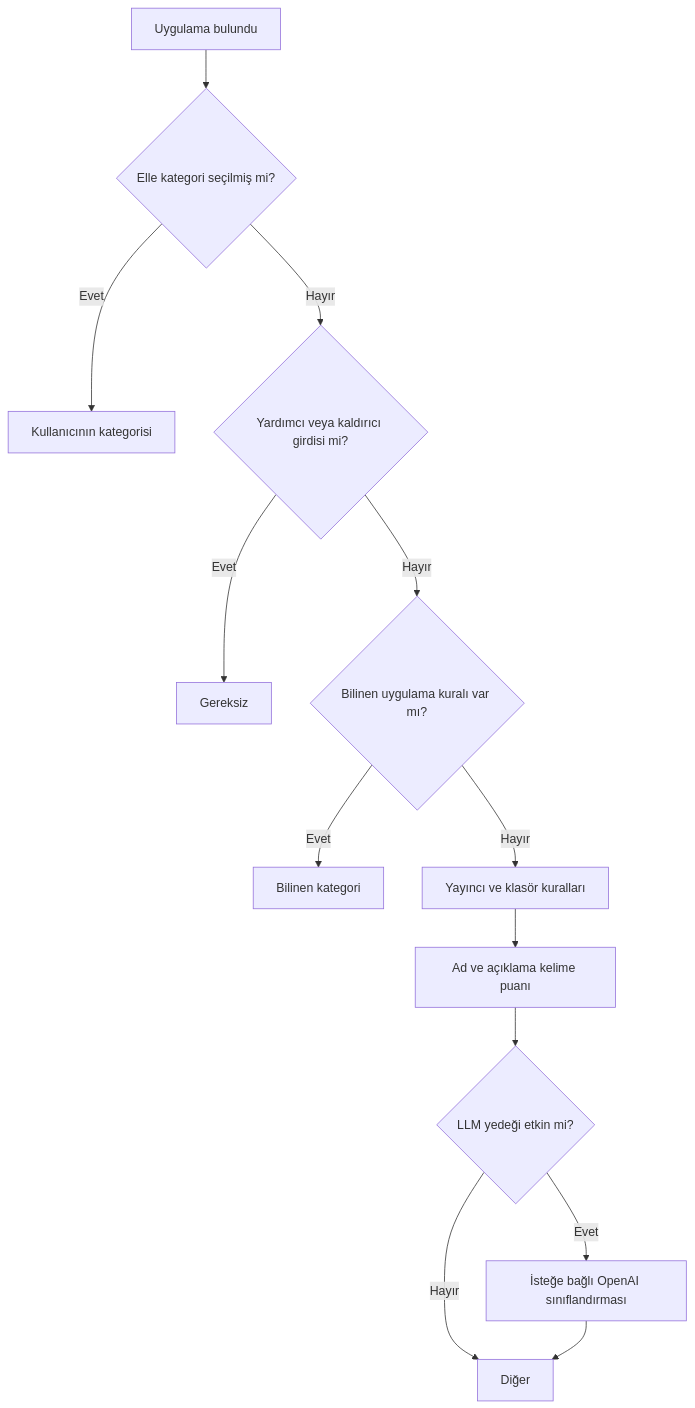
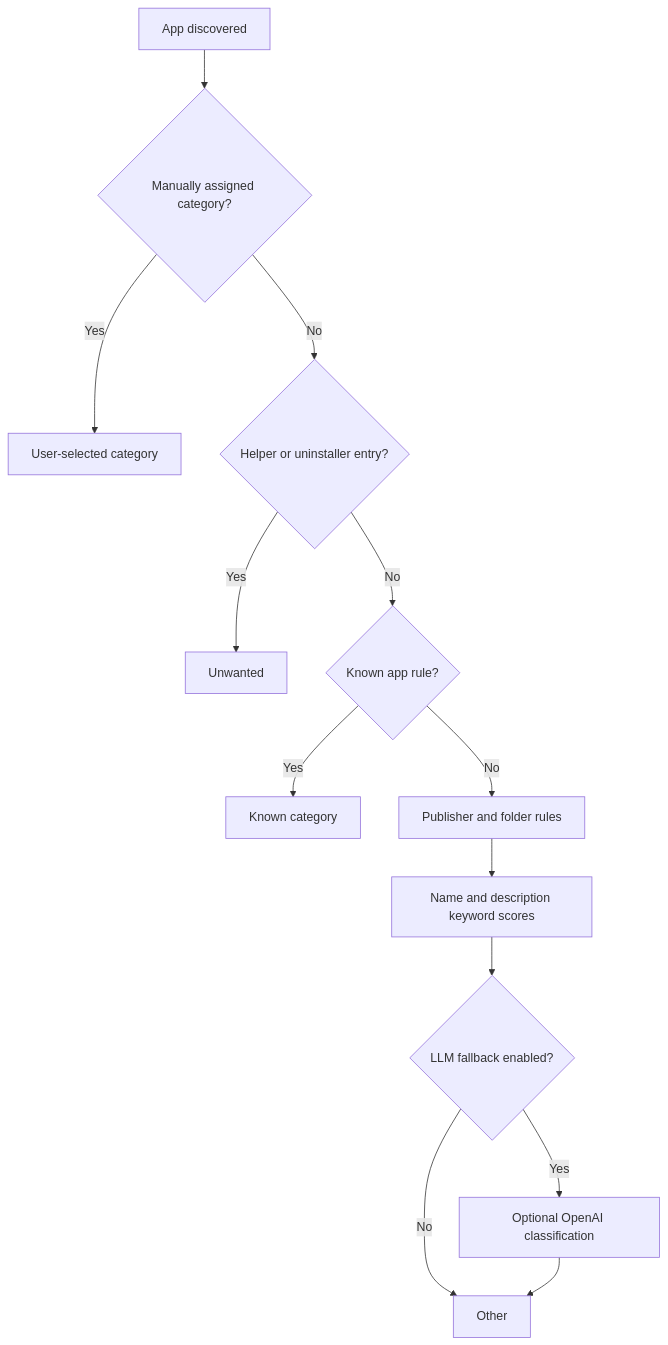
The first of 2 diagrams in README.md (mustafawiped/Sheriff), drawn with Mermaid before and after one commit. The commit also changed other lines of this file, not shown here.

````diff
--- a/README.md
+++ b/README.md
@@ -67,15 +67,15 @@
-```mermaid
+~~~mermaid
 flowchart TD
-    A[Uygulama bulundu] --> B{Elle kategori seçilmiş mi?}
-    B -- Evet --> U[Kullanıcının kategorisi]
-    B -- Hayır --> J{Yardımcı veya kaldırıcı girdisi mi?}
-    J -- Evet --> X[Gereksiz]
-    J -- Hayır --> K{Bilinen uygulama kuralı var mı?}
-    K -- Evet --> C[Bilinen kategori]
-    K -- Hayır --> P[Yayıncı ve klasör kuralları]
-    P --> W[Ad ve açıklama kelime puanı]
-    W --> L{LLM yedeği etkin mi?}
-    L -- Evet --> O[İsteğe bağlı OpenAI sınıflandırması]
-    L -- Hayır --> D[Diğer]
+    A[App discovered] --> B{Manually assigned category?}
+    B -- Yes --> U[User-selected category]
+    B -- No --> J{Helper or uninstaller entry?}
+    J -- Yes --> X[Unwanted]
+    J -- No --> K{Known app rule?}
+    K -- Yes --> C[Known category]
+    K -- No --> P[Publisher and folder rules]
+    P --> W[Name and description keyword scores]
+    W --> L{LLM fallback enabled?}
+    L -- Yes --> O[Optional OpenAI classification]
+    L -- No --> D[Other]
     O --> D
-```
+~~~
````
